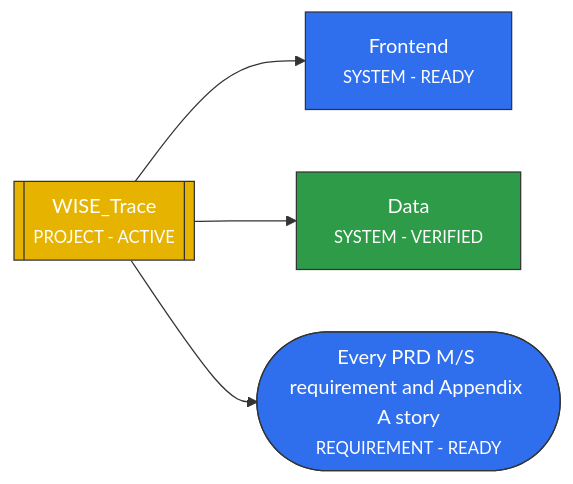
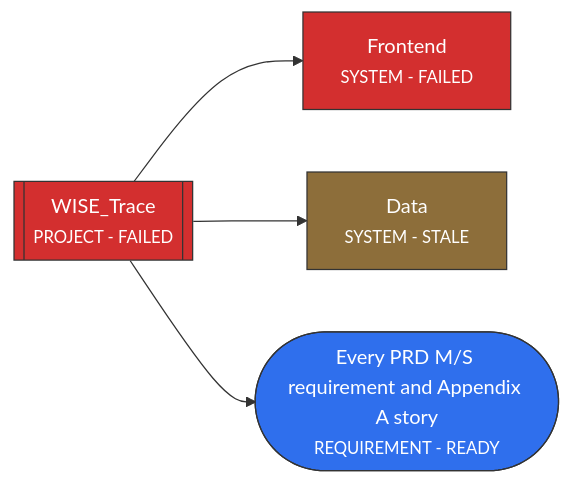
Before and after one commit to ESDUaub2025/WISE_Trace: the diagram in .projectgraph/views/execution.mmd, drawn with Mermaid. The commit also changed 565 other files, not shown here.

Commit message:
Fix worker flow bugs, close production logic gaps, remove Supabase leftovers

```diff
--- a/.projectgraph/views/execution.mmd
+++ b/.projectgraph/views/execution.mmd
@@ -1,21 +1,21 @@
 flowchart LR
     REQ_FULL_MVP(["Every PRD M/S requirement and Appendix A story<br/><small>REQUIREMENT - READY</small>"])
-    SYS_DATA["Data<br/><small>SYSTEM - VERIFIED</small>"]
-    SYS_FRONTEND["Frontend<br/><small>SYSTEM - READY</small>"]
-    WISE_TRACE[["WISE_Trace<br/><small>PROJECT - ACTIVE</small>"]]
+    SYS_DATA["Data<br/><small>SYSTEM - STALE</small>"]
+    SYS_FRONTEND["Frontend<br/><small>SYSTEM - FAILED</small>"]
+    WISE_TRACE[["WISE_Trace<br/><small>PROJECT - FAILED</small>"]]
     WISE_TRACE --> SYS_FRONTEND
     WISE_TRACE --> SYS_DATA
     WISE_TRACE --> REQ_FULL_MVP
     classDef declared fill:#9e9e9e,stroke:#333,stroke-width:1px,color:#333333;
     classDef ready fill:#2f6fed,stroke:#333,stroke-width:1px,color:#ffffff;
     classDef active fill:#e6b400,stroke:#333,stroke-width:1px,color:#ffffff;
     classDef implemented fill:#128f8f,stroke:#333,stroke-width:1px,color:#ffffff;
     classDef verifying fill:#f08c00,stroke:#333,stroke-width:1px,color:#ffffff;
     classDef verified fill:#2e9b48,stroke:#333,stroke-width:1px,color:#ffffff;
     classDef failed fill:#d32f2f,stroke:#333,stroke-width:1px,color:#ffffff;
     classDef blocked fill:#7b3fbf,stroke:#333,stroke-width:1px,color:#ffffff;
     classDef stale fill:#8d6e3a,stroke:#333,stroke-width:1px,color:#ffffff;
     classDef superseded fill:#c9c9c9,stroke:#333,stroke-width:1px,color:#333333;
-    class WISE_TRACE active;
-    class REQ_FULL_MVP,SYS_FRONTEND ready;
-    class SYS_DATA verified;
+    class SYS_FRONTEND,WISE_TRACE failed;
+    class REQ_FULL_MVP ready;
+    class SYS_DATA stale;
```
